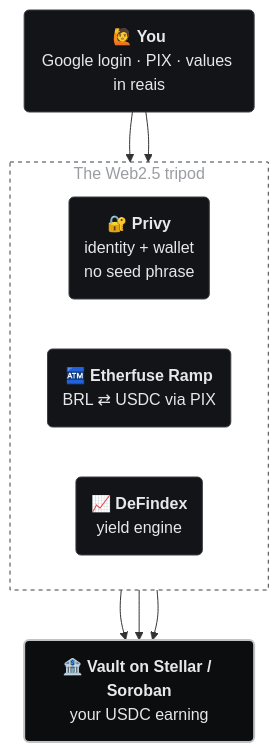
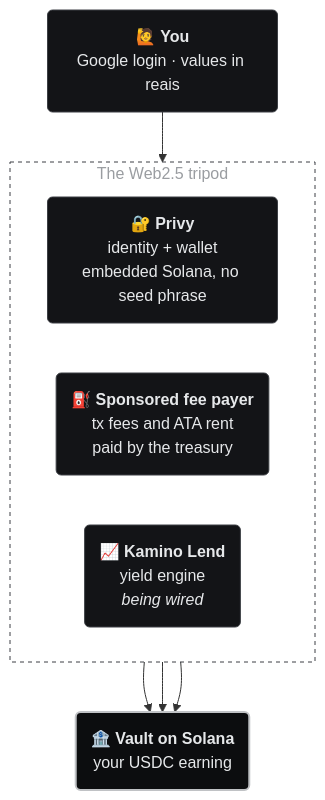
The second of 3 diagrams in README.en.md (Tiago-Alcantara/yield2Pay-solana), drawn with Mermaid before and after one commit. The commit also changed other lines of this file and 42 other files, not shown here.

First line of the commit message:
feat: migrate family vault from Stellar/DeFindex to Solana/Kamino

````diff
--- a/README.en.md
+++ b/README.en.md
@@ -166,25 +170,24 @@
 ```mermaid
 flowchart TB
-    U("🙋 <b>You</b><br/>Google login · PIX · values in reais")
+    U("🙋 <b>You</b><br/>Google login · values in reais")
 
     subgraph tripe["The Web2.5 tripod"]
         direction LR
-        P("🔐 <b>Privy</b><br/>identity + wallet<br/>no seed phrase")
-        R("🏧 <b>Etherfuse Ramp</b><br/>BRL ⇄ USDC via PIX")
-        D("📈 <b>DeFindex</b><br/>yield engine")
+        P("🔐 <b>Privy</b><br/>identity + wallet<br/>embedded Solana, no seed phrase")
+        S("⛽ <b>Sponsored fee payer</b><br/>tx fees and ATA rent<br/>paid by the treasury")
+        K("📈 <b>Kamino Lend</b><br/>yield engine<br/><i>being wired</i>")
     end
 
-    V("🏦 <b>Vault on Stellar / Soroban</b><br/>your USDC earning")
+    V("🏦 <b>Vault on Solana</b><br/>your USDC earning")
 
     U --> P
-    U --> R
     P --> V
-    R --> V
-    D --> V
+    S --> V
+    K --> V
 
     classDef box fill:#131417,stroke:#3c3f44,stroke-width:1px,color:#E6E8EA
     classDef vault fill:#0c0d0f,stroke:#C0C2C5,stroke-width:2px,color:#E6E8EA
-    class U,P,R,D box
+    class U,P,S,K box
     class V vault
     style tripe fill:#0c0d0f00,stroke:#3c3f44,stroke-dasharray:4 4,color:#9A9DA1
 ```
````
